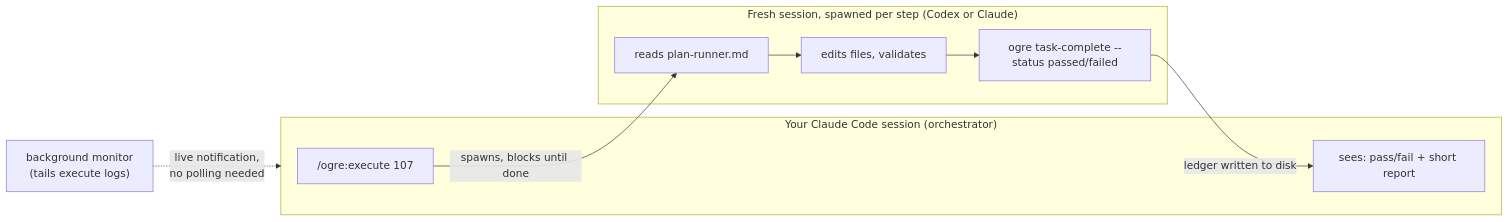
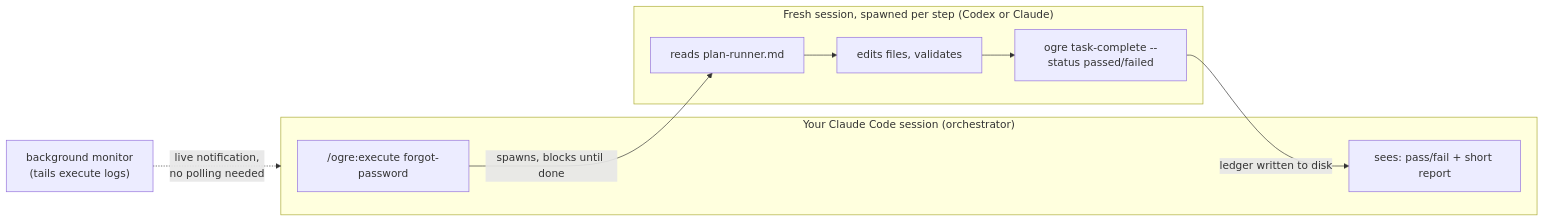
The second of 2 diagrams in README.md (metallurgical/ogre-runner), drawn with Mermaid before and after one commit. The commit also changed other lines of this file, not shown here.

````diff
--- a/README.md
+++ b/README.md
@@ -84,16 +84,16 @@
 ```mermaid
 flowchart LR
     subgraph Main["Your Claude Code session (orchestrator)"]
-        M1["/ogre:execute 107"]
+        M1["/ogre:execute forgot-password"]
         M2["sees: pass/fail + short report"]
     end
     subgraph Sub["Fresh session, spawned per step (Codex or Claude)"]
         S1["reads plan-runner.md"]
         S2["edits files, validates"]
         S3["ogre task-complete --status passed/failed"]
     end
     M1 -->|spawns, blocks until done| S1
     S1 --> S2 --> S3
     S3 -->|ledger written to disk| M2
     Mon["background monitor<br/>(tails execute logs)"] -.->|live notification,<br/>no polling needed| Main
 ```
````
